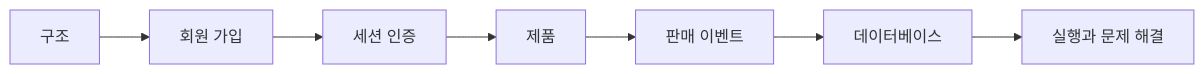
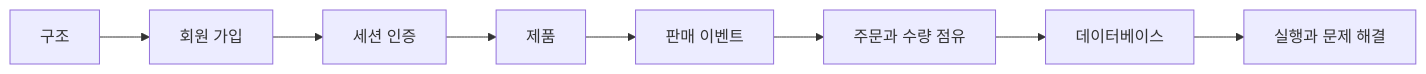
The diagram in docs/wiki/README.md (Wooyongjeong/limited-sale), drawn with Mermaid before and after one commit. The commit also changed other lines of this file and 11 other files, not shown here.

Commit message:
docs: explain order reservation contracts and transaction flows

````diff
--- a/docs/wiki/README.md
+++ b/docs/wiki/README.md
@@ -16,9 +17,10 @@
 ```mermaid
 flowchart LR
     A[구조] --> M[회원 가입]
     M --> S[세션 인증]
     S --> P[제품]
     P --> V[판매 이벤트]
-    V --> D[데이터베이스]
+    V --> Q[주문과 수량 점유]
+    Q --> D[데이터베이스]
     D --> O[실행과 문제 해결]
 ```
````
